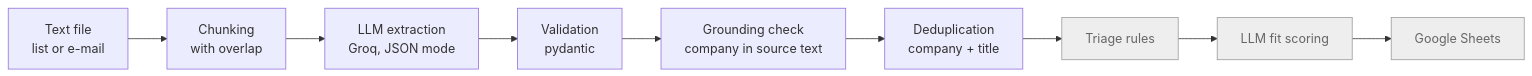
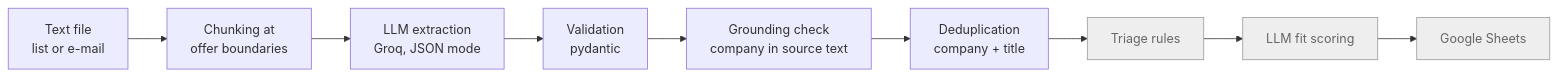
One commit to F-Korpik/job-agent changed the diagram in README.md. Above: the diagram before and after it, drawn with Mermaid. The commit also changed other lines of this file, not shown here.

````diff
--- a/README.md
+++ b/README.md
@@ -15,14 +15,14 @@
 ```mermaid
 flowchart LR
-    A[Text file<br/>list or e-mail] --> B[Chunking<br/>with overlap]
+    A[Text file<br/>list or e-mail] --> B[Chunking at<br/>offer boundaries]
     B --> C[LLM extraction<br/>Groq, JSON mode]
     C --> D[Validation<br/>pydantic]
     D --> E[Grounding check<br/>company in source text]
     E --> F[Deduplication<br/>company + title]
     F --> G[Triage rules]
     G --> H[LLM fit scoring]
     H --> I[Google Sheets]
 
     classDef todo fill:#eee,stroke:#999,color:#666
     class G,H,I todo
 ```
````
